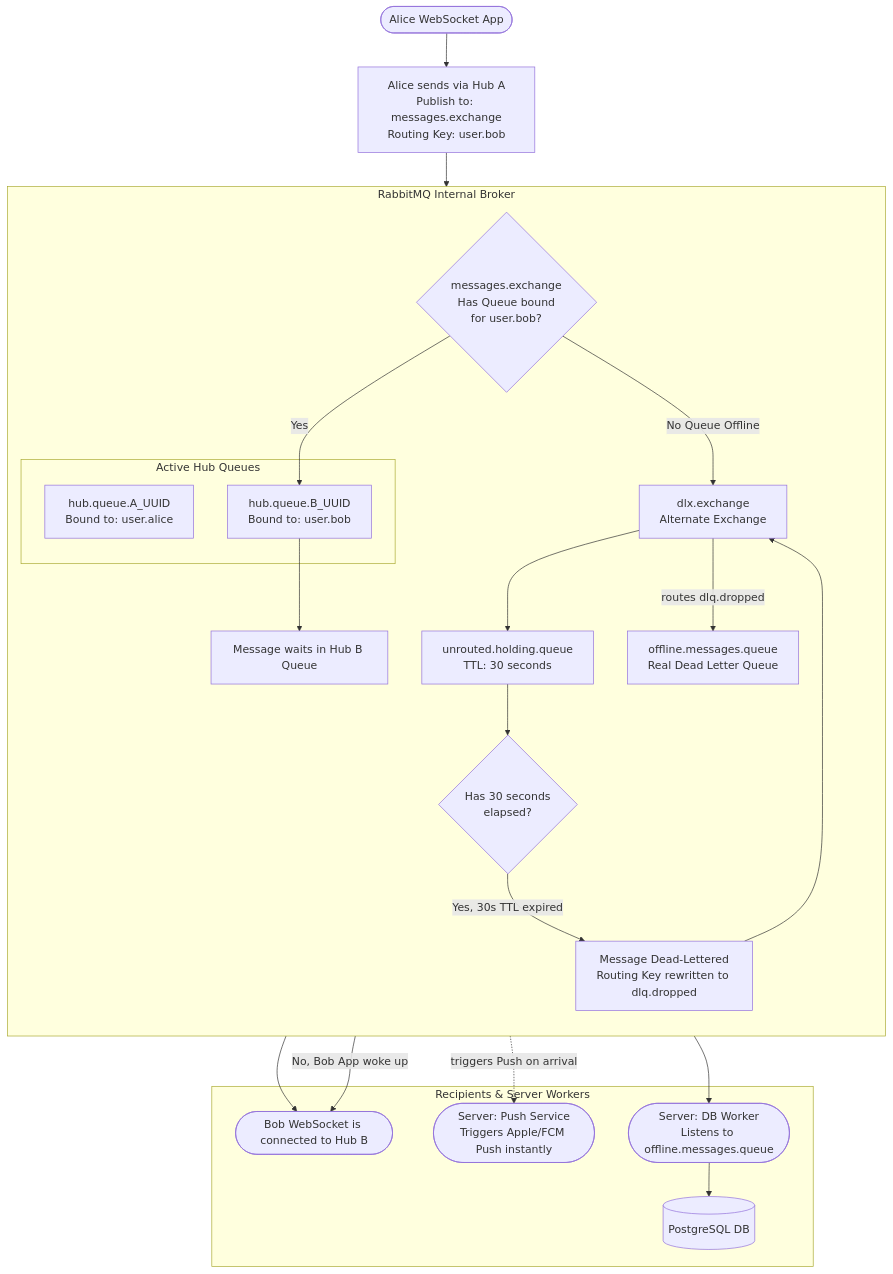
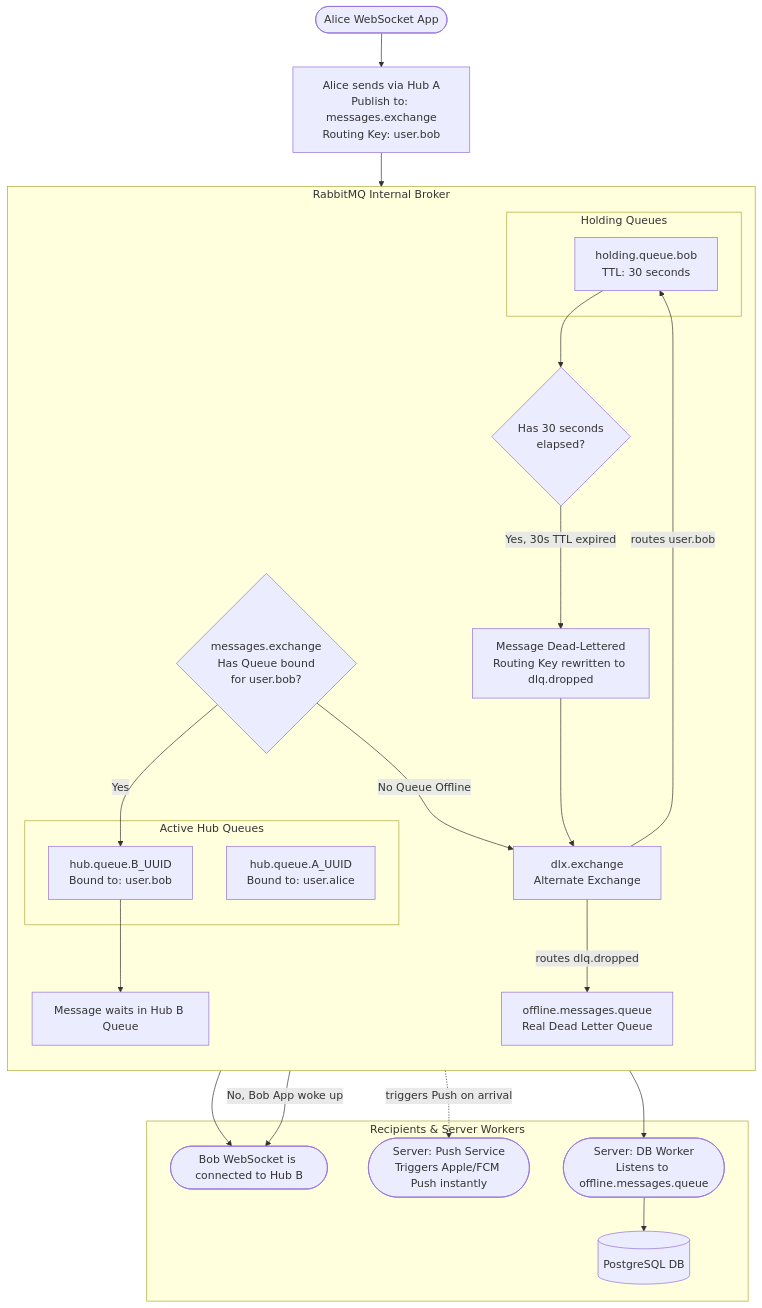
The diagram in doc/algorithms/rabbitmq-exchange.md (olshanskyev/fourletters-meta), drawn with Mermaid before and after one commit. The commit also changed other lines of this file and 3 other files, not shown here.

````diff
--- a/doc/algorithms/rabbitmq-exchange.md
+++ b/doc/algorithms/rabbitmq-exchange.md
@@ -25,62 +25,64 @@
 ```mermaid
 flowchart TD
     %% Sender Node
     Start([Alice WebSocket App])
     PublishMessage[Alice sends via Hub A<br/>Publish to: messages.exchange<br/>Routing Key: user.bob]
 
     %% RabbitMQ Internal State
     subgraph RabbitMQ [RabbitMQ Internal Broker]
         direction TB
         MainExchange{messages.exchange<br/>Has Queue bound<br/>for user.bob?}
         
         subgraph Active Hub Queues
             HubAQueue[hub.queue.A_UUID<br/>Bound to: user.alice]
             HubBQueue[hub.queue.B_UUID<br/>Bound to: user.bob]
         end
         
         WaitInQueue[Message waits in Hub B Queue]
         
         AlternateExchange[dlx.exchange<br/>Alternate Exchange]
-        HoldingQueue[unrouted.holding.queue<br/>TTL: 30 seconds]
+        subgraph Holding Queues
+            HoldingQueue[holding.queue.bob<br/>TTL: 30 seconds]
+        end
         TTLCheck{Has 30 seconds<br/>elapsed?}
         
         DropToDLQ[Message Dead-Lettered<br/>Routing Key rewritten to dlq.dropped]
         
         OfflineQueue[offline.messages.queue<br/>Real Dead Letter Queue]
     end
 
     %% Recipient Nodes / Server Logic
     subgraph Receivers [Recipients & Server Workers]
         BobHub([Bob WebSocket is connected to Hub B])
         PushNotifications([Server: Push Service<br/>Triggers Apple/FCM Push instantly])
         ServerWorker([Server: DB Worker<br/>Listens to offline.messages.queue])
         PostgresDB[(PostgreSQL DB)]
     end
 
     Start --> PublishMessage
     PublishMessage --> MainExchange
 
     %% Happy Path: Bob is online
     MainExchange -- Yes --> HubBQueue
     HubBQueue --> WaitInQueue
     WaitInQueue --> BobHub
 
     %% Fallback Path: Bob is offline
     MainExchange -- No Queue Offline --> AlternateExchange
-    AlternateExchange --> HoldingQueue
+    AlternateExchange -- routes user.bob --> HoldingQueue
     
     HoldingQueue -. triggers Push on arrival .-> PushNotifications
     HoldingQueue --> TTLCheck
     
     %% Bob wakes up fast
     TTLCheck -- No, Bob App woke up --> BobHub
     
     %% Bob stays offline
     TTLCheck -- Yes, 30s TTL expired --> DropToDLQ
     DropToDLQ --> AlternateExchange
     AlternateExchange -- routes dlq.dropped --> OfflineQueue
     
     %% Move to Database
     OfflineQueue --> ServerWorker
     ServerWorker --> PostgresDB
 ```
````
